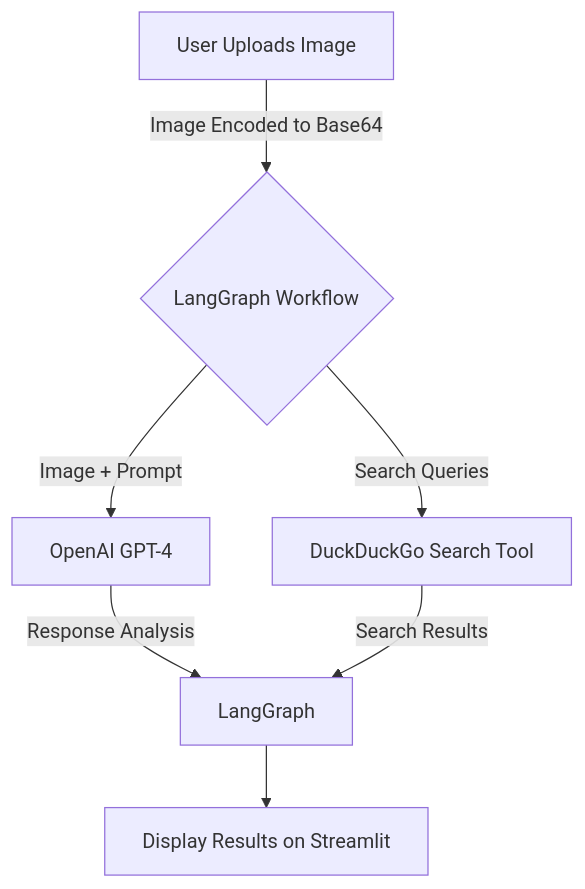
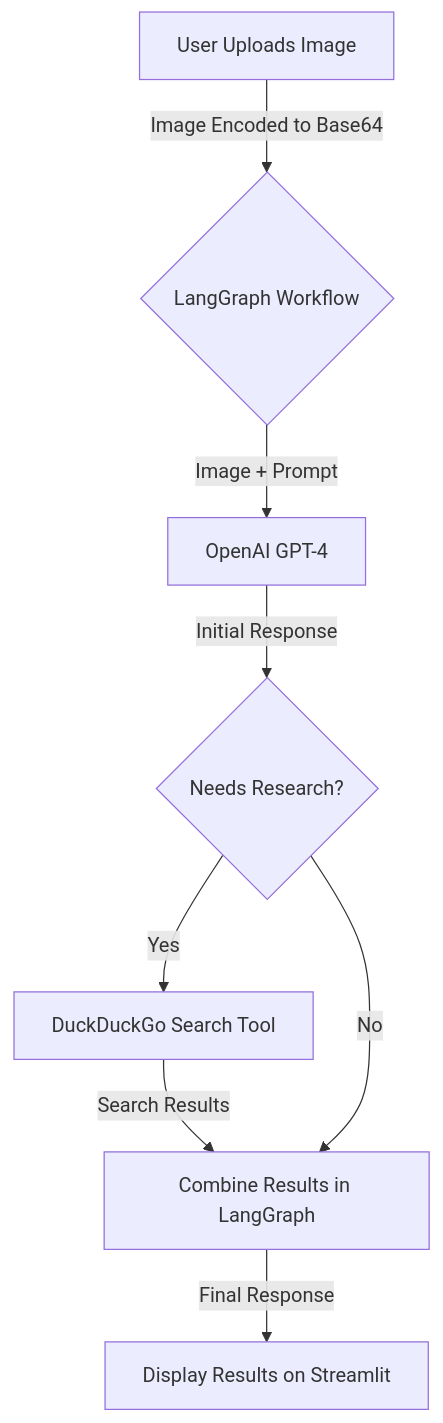
Before and after one commit to drbn68/ai_medical_imaging_agent: the diagram in README.md, drawn with Mermaid. The commit also changed other lines of this file, not shown here.

````diff
--- a/README.md
+++ b/README.md
@@ -90,9 +90,10 @@
 ```mermaid
 graph TD
     A[User Uploads Image] -->|Image Encoded to Base64| B{LangGraph Workflow}
     B -->|Image + Prompt| C[OpenAI GPT-4]
-    C -->|Response Analysis| D[LangGraph]
-    D --> E[Display Results on Streamlit]
-    B -->|Search Queries| F[DuckDuckGo Search Tool]
-    F -->|Search Results| D
+    C -->|Initial Response| D{Needs Research?}
+    D -->|Yes| E[DuckDuckGo Search Tool]
+    E -->|Search Results| F[Combine Results in LangGraph]
+    D -->|No| F
+    F -->|Final Response| G[Display Results on Streamlit]
 ```
````
